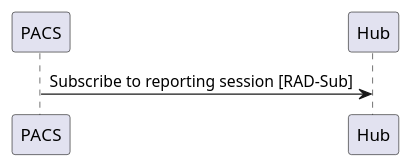
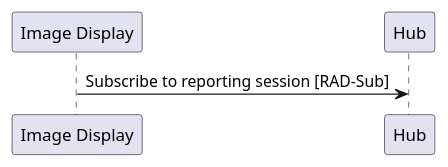
One commit to IHE/RAD.IRA changed the diagram in input/images-source/condensed-subscription-transaction.plantuml. Above: the diagram before and after it, drawn with PlantUML. The commit also changed 9 other files, not shown here.

Commit message:
Updated actor to be Image Display and Report Creator. Also indicates what type of application they are grouped to.

```diff
--- a/input/images-source/condensed-subscription-transaction.plantuml
+++ b/input/images-source/condensed-subscription-transaction.plantuml
@@ -1,8 +1,8 @@
 @startuml
 
-participant PACS as PACS
+participant "Image Display" as Display
 participant Hub as Hub
 
-PACS->Hub: Subscribe to reporting session [RAD-Sub]
+Display->Hub: Subscribe to reporting session [RAD-Sub]
 
 @enduml
```
